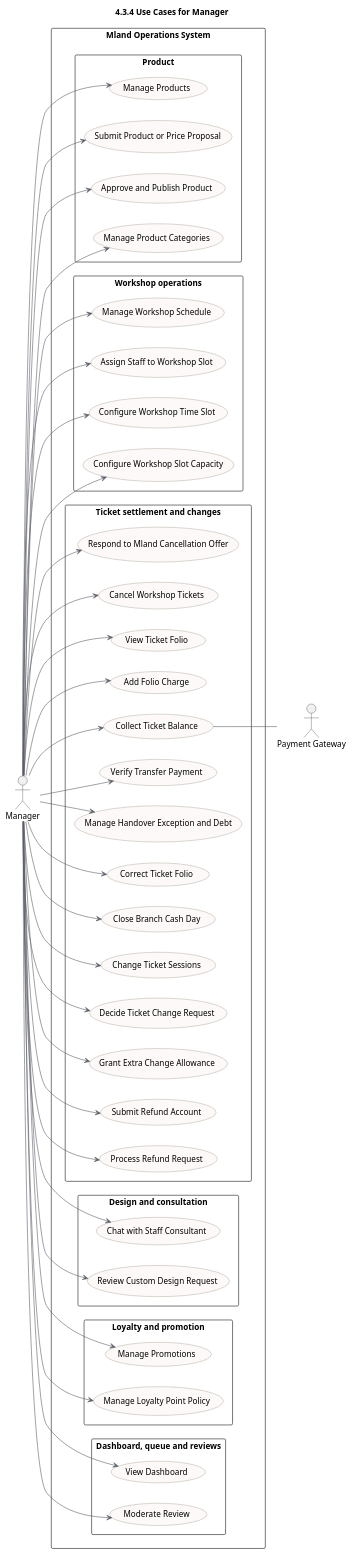
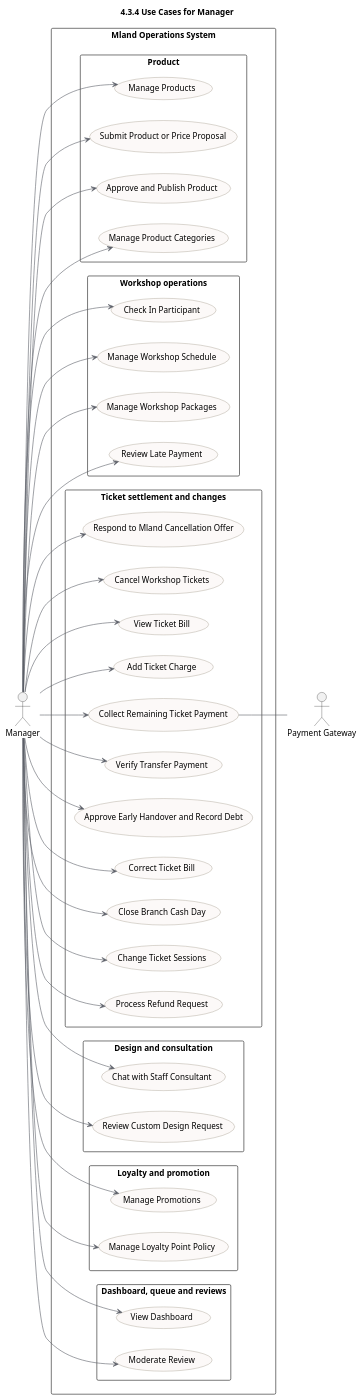
The diagram in documents/docs/report-3-software-requirement-specification/assets/diagrams/use-cases/05-owner-only.puml (quoc-ca/mland-operations-hub), drawn with PlantUML before and after one commit. The commit also changed 53 other files, not shown here.

```diff
--- a/documents/docs/report-3-software-requirement-specification/assets/diagrams/use-cases/05-owner-only.puml
+++ b/documents/docs/report-3-software-requirement-specification/assets/diagrams/use-cases/05-owner-only.puml
@@ -1,89 +1,83 @@
 @startuml
 !pragma charset UTF-8
 title 4.3.4 Use Cases for Manager
 left to right direction
 skinparam shadowing false
 skinparam packageStyle rectangle
 skinparam usecase {
   BackgroundColor #FCF9F8
   BorderColor #807663
   ArrowColor #5B5E67
 }
 
 actor Manager
 actor "Payment Gateway" as PaymentGateway
 
 rectangle "Mland Operations System" {
   package "Product" {
     usecase "Manage Products" as UC12
     usecase "Submit Product or Price Proposal" as UC14
     usecase "Approve and Publish Product" as UC15
     usecase "Manage Product Categories" as UC18
   }
   package "Workshop operations" {
+    usecase "Check In Participant" as UC24
     usecase "Manage Workshop Schedule" as UC25
-    usecase "Assign Staff to Workshop Slot" as UC26
-    usecase "Configure Workshop Time Slot" as UC27
-    usecase "Configure Workshop Slot Capacity" as UC28
+    usecase "Manage Workshop Packages" as UC91
+    usecase "Review Late Payment" as UC92
   }
   package "Ticket settlement and changes" {
     usecase "Respond to Mland Cancellation Offer" as UC88
     usecase "Cancel Workshop Tickets" as UC84
-    usecase "View Ticket Folio" as UC77
-    usecase "Add Folio Charge" as UC78
-    usecase "Collect Ticket Balance" as UC79
+    usecase "View Ticket Bill" as UC77
+    usecase "Add Ticket Charge" as UC78
+    usecase "Collect Remaining Ticket Payment" as UC79
     usecase "Verify Transfer Payment" as UC80
-    usecase "Manage Handover Exception and Debt" as UC81
-    usecase "Correct Ticket Folio" as UC82
+    usecase "Approve Early Handover and Record Debt" as UC81
+    usecase "Correct Ticket Bill" as UC82
     usecase "Close Branch Cash Day" as UC83
     usecase "Change Ticket Sessions" as UC85
-    usecase "Decide Ticket Change Request" as UC86
-    usecase "Grant Extra Change Allowance" as UC87
-    usecase "Submit Refund Account" as UC89
     usecase "Process Refund Request" as UC90
   }
   package "Design and consultation" {
     usecase "Chat with Staff Consultant" as UC38
     usecase "Review Custom Design Request" as UC40
   }
   package "Loyalty and promotion" {
     usecase "Manage Promotions" as UC45
     usecase "Manage Loyalty Point Policy" as UC51
   }
   package "Dashboard, queue and reviews" {
     usecase "View Dashboard" as UC64
     usecase "Moderate Review" as UC76
   }
 }
 
 Manager --> UC12
 Manager --> UC14
 Manager --> UC15
 Manager --> UC18
+Manager --> UC24
 Manager --> UC25
-Manager --> UC26
-Manager --> UC27
-Manager --> UC28
+Manager --> UC91
+Manager --> UC92
 Manager --> UC77
 Manager --> UC88
 Manager --> UC84
 Manager --> UC78
 Manager --> UC79
 Manager --> UC80
 Manager --> UC81
 Manager --> UC82
 Manager --> UC83
 Manager --> UC85
-Manager --> UC86
-Manager --> UC87
-Manager --> UC89
 Manager --> UC90
 Manager --> UC38
 Manager --> UC40
 Manager --> UC45
 Manager --> UC51
 Manager --> UC64
 Manager --> UC76
 
 UC79 -- PaymentGateway
 @enduml
```
